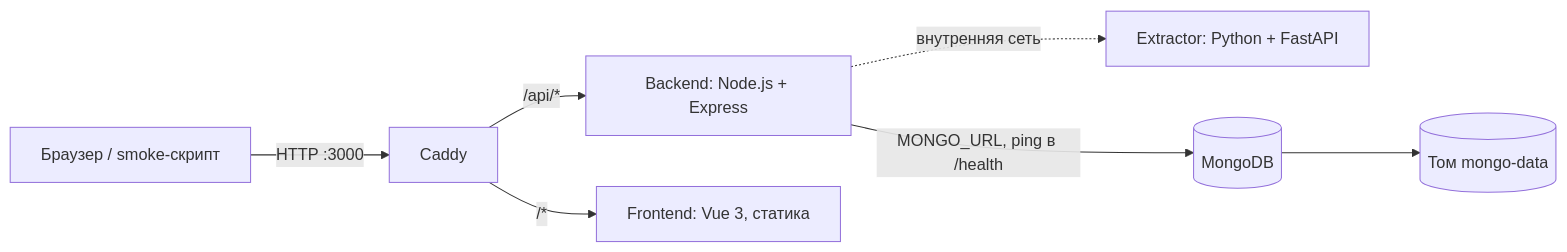
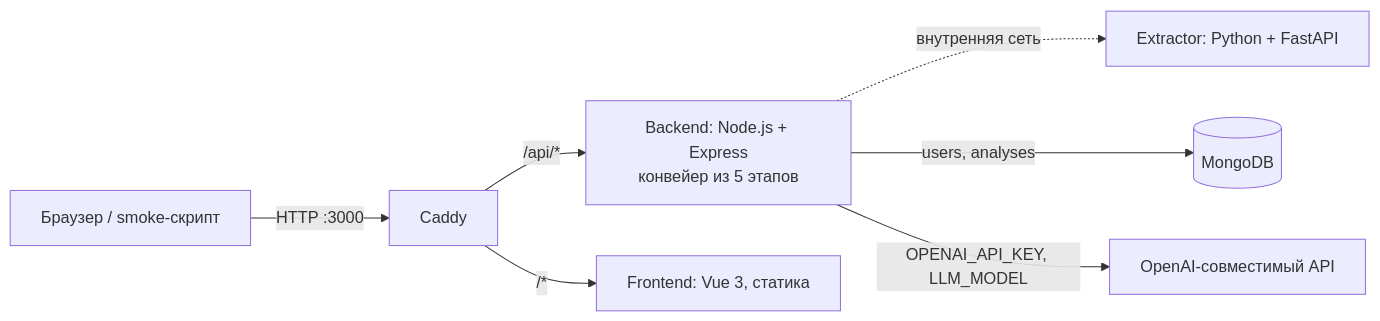
The diagram in README.md (BAITC-Hacks/hack-0592591a-optimus), drawn with Mermaid before and after one commit. The commit also changed other lines of this file and 25 other files, not shown here.

````diff
--- a/README.md
+++ b/README.md
@@ -58,9 +55,9 @@
 ```mermaid
 flowchart LR
     user[Браузер / smoke-скрипт] -->|HTTP :3000| caddy[Caddy]
-    caddy -->|/api/*| backend[Backend: Node.js + Express]
+    caddy -->|/api/*| backend[Backend: Node.js + Express<br/>конвейер из 5 этапов]
     caddy -->|/*| frontend[Frontend: Vue 3, статика]
     backend -.->|внутренняя сеть| extractor[Extractor: Python + FastAPI]
-    backend -->|MONGO_URL, ping в /health| mongo[(MongoDB)]
-    mongo --> volume[(Том mongo-data)]
+    backend -->|users, analyses| mongo[(MongoDB)]
+    backend -->|OPENAI_API_KEY, LLM_MODEL| llm[OpenAI-совместимый API]
 ```
````
